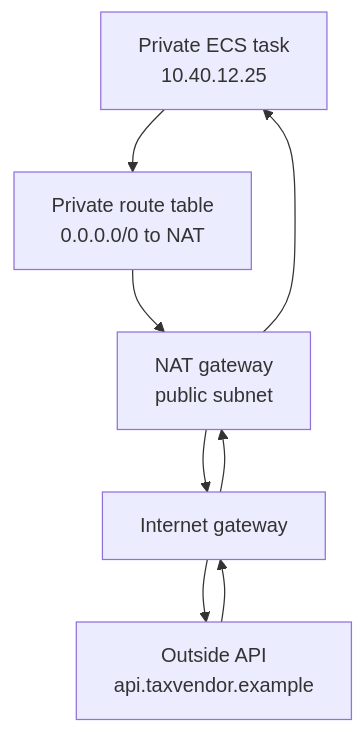
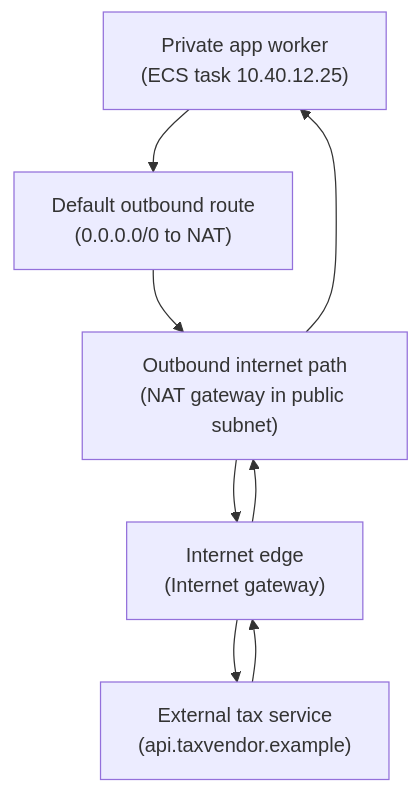
One commit to senlinyy/dev-roadmaps changed the second of 2 diagrams in cloud-providers/aws/networking-connectivity/public-and-private-access.md. Above: the diagram before and after it, drawn with Mermaid. The commit also changed other lines of this file and 89 other files, not shown here.

````diff
--- a/cloud-providers/aws/networking-connectivity/public-and-private-access.md
+++ b/cloud-providers/aws/networking-connectivity/public-and-private-access.md
@@ -319,10 +312,10 @@
 ```mermaid
 flowchart TD
-    TASK["Private ECS task<br/>10.40.12.25"] --> RT["Private route table<br/>0.0.0.0/0 to NAT"]
-    RT --> NAT["NAT gateway<br/>public subnet"]
-    NAT --> IGW["Internet gateway"]
-    IGW --> API["Outside API<br/>api.taxvendor.example"]
+    TASK["Private app worker<br/>(ECS task 10.40.12.25)"] --> RT["Default outbound route<br/>(0.0.0.0/0 to NAT)"]
+    RT --> NAT["Outbound internet path<br/>(NAT gateway in public subnet)"]
+    NAT --> IGW["Internet edge<br/>(Internet gateway)"]
+    IGW --> API["External tax service<br/>(api.taxvendor.example)"]
     API --> IGW
     IGW --> NAT
     NAT --> TASK
 ```
````
